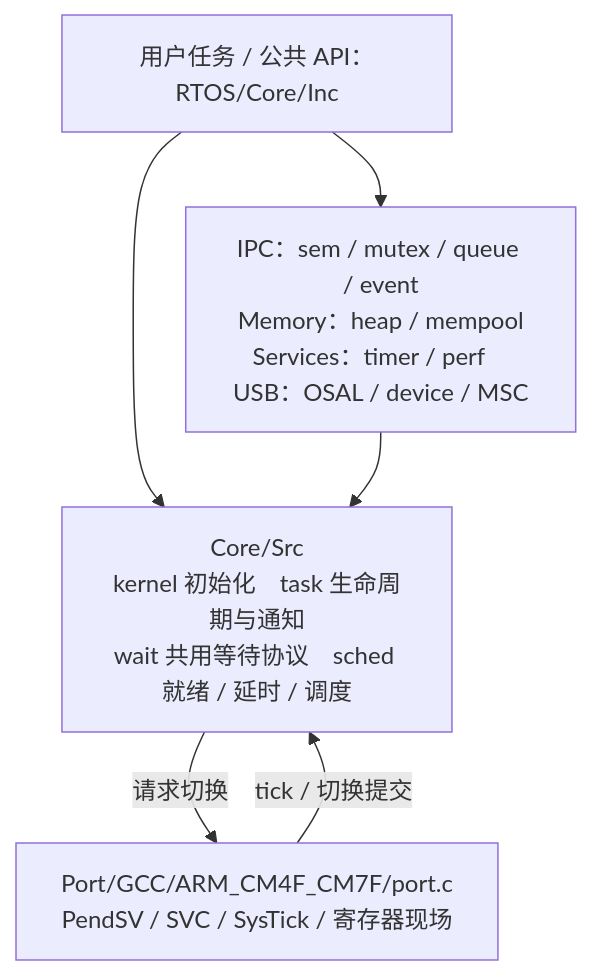
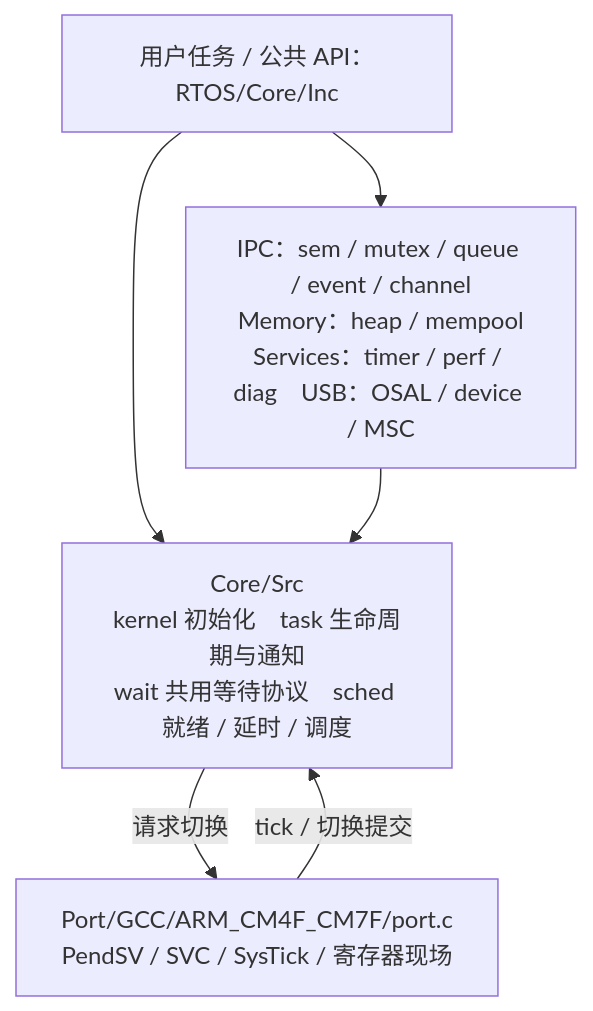
Before and after one commit to ArchHang/RTOS: the diagram in README.md, drawn with Mermaid. The commit also changed other lines of this file and 11 other files, not shown here.

First line of the commit message:
docs(rtos): publish feature handover and supervision roadmap

````diff
--- a/README.md
+++ b/README.md
@@ -15,12 +30,12 @@
 ```mermaid
 flowchart TB
     app["用户任务 / 公共 API：RTOS/Core/Inc"]
-    features["IPC：sem / mutex / queue / event<br/>Memory：heap / mempool<br/>Services：timer / perf　USB：OSAL / device / MSC"]
+    features["IPC：sem / mutex / queue / event / channel<br/>Memory：heap / mempool<br/>Services：timer / perf / diag　USB：OSAL / device / MSC"]
     core["Core/Src<br/>kernel 初始化　task 生命周期与通知<br/>wait 共用等待协议　sched 就绪 / 延时 / 调度"]
     port["Port/GCC/ARM_CM4F_CM7F/port.c<br/>PendSV / SVC / SysTick / 寄存器现场"]
     app --> features
     app --> core
     features --> core
     core -->|请求切换| port
     port -->|tick / 切换提交| core
 ```
````
